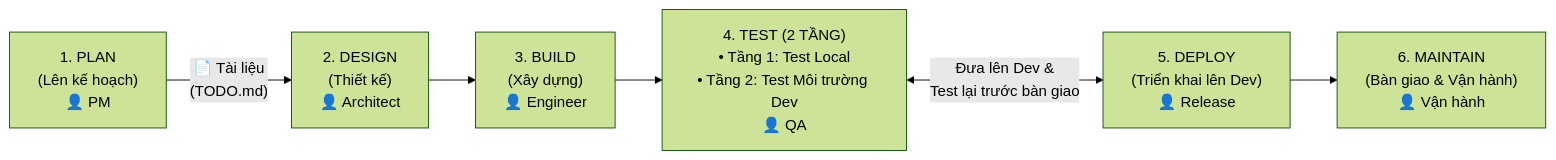
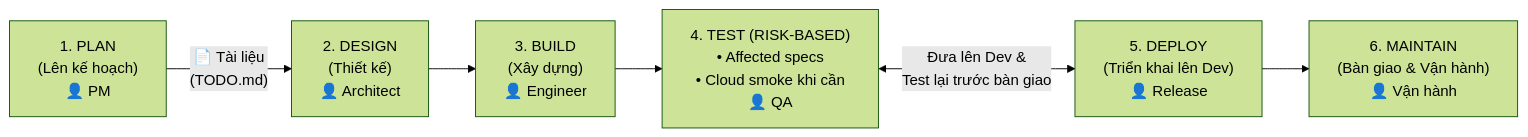
Before and after one commit to lyquangthai1993/logistics-website: the diagram in .agents/skills/leader/SKILL.md, drawn with Mermaid (forest theme). The commit also changed other lines of this file and 8 other files, not shown here.

Commit message:
docs(ci): make per-task E2E risk-based

````diff
--- a/.agents/skills/leader/SKILL.md
+++ b/.agents/skills/leader/SKILL.md
@@ -27,8 +27,8 @@
 ```mermaid
 flowchart LR
     P["1. PLAN<br>(Lên kế hoạch)<br>👤 PM"] -- "📄 Tài liệu<br>(TODO.md)" --> D["2. DESIGN<br>(Thiết kế)<br>👤 Architect"]
     D --> B["3. BUILD<br>(Xây dựng)<br>👤 Engineer"]
-    B --> T["4. TEST (2 TẦNG)<br>• Tầng 1: Test Local<br>• Tầng 2: Test Môi trường Dev<br>👤 QA"]
+    B --> T["4. TEST (RISK-BASED)<br>• Affected specs<br>• Cloud smoke khi cần<br>👤 QA"]
     T <-->|"Đưa lên Dev &<br>Test lại trước bàn giao"| DEP["5. DEPLOY<br>(Triển khai lên Dev)<br>👤 Release"]
     DEP --> M["6. MAINTAIN<br>(Bàn giao & Vận hành)<br>👤 Vận hành"]
 ```
````
